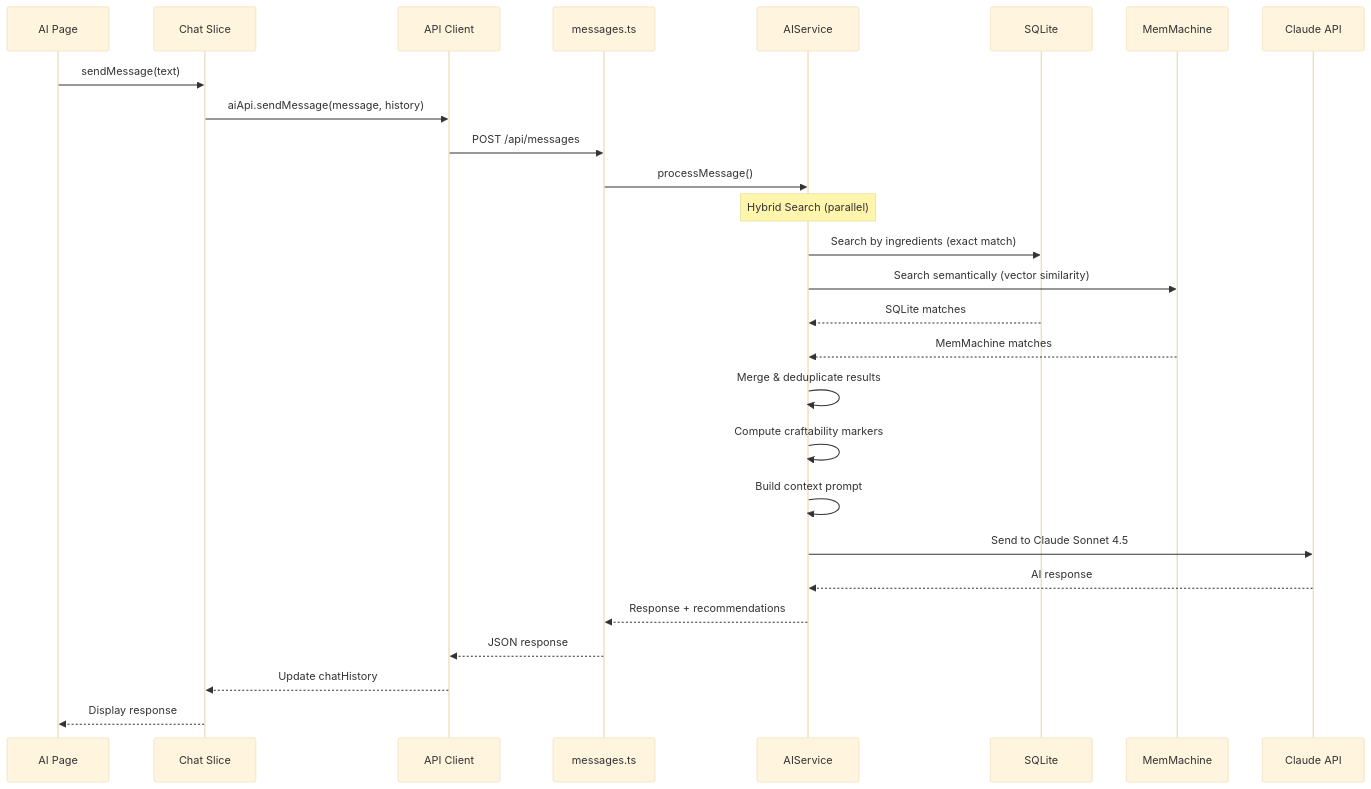
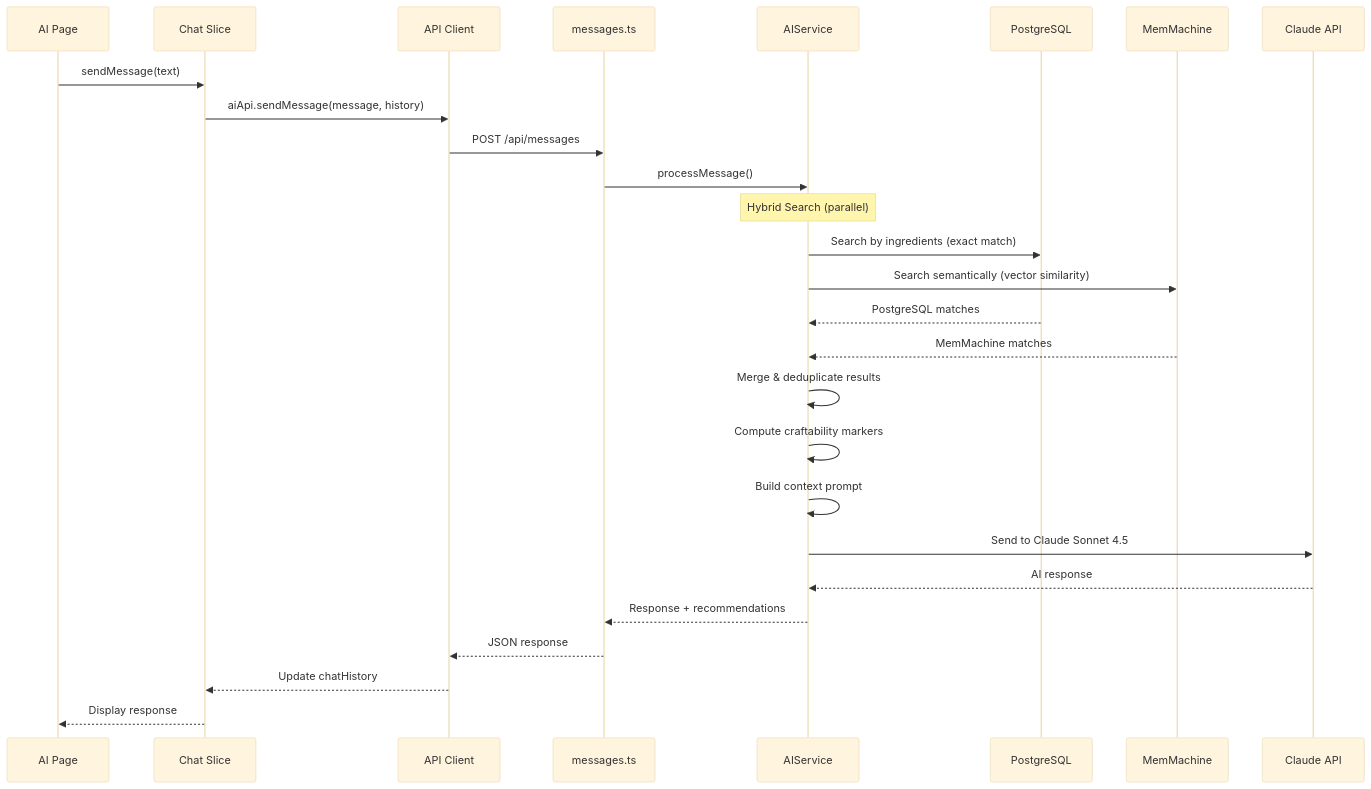
One commit to JLawMcGraw/alchemix changed the tenth of 12 diagrams in Documentation/ARCHITECTURE.md. Above: the diagram before and after it, drawn with Mermaid (base theme). The commit also changed other lines of this file and 48 other files, not shown here.

````diff
--- a/Documentation/ARCHITECTURE.md
+++ b/Documentation/ARCHITECTURE.md
@@ -696,33 +700,33 @@
 ```mermaid
 sequenceDiagram
     participant UI as AI Page
     participant Store as Chat Slice
     participant API as API Client
     participant Route as messages.ts
     participant AISvc as AIService
-    participant DB as SQLite
+    participant DB as PostgreSQL
     participant MM as MemMachine
     participant Claude as Claude API
 
     UI->>Store: sendMessage(text)
     Store->>API: aiApi.sendMessage(message, history)
     API->>Route: POST /api/messages
     Route->>AISvc: processMessage()
 
     Note over AISvc: Hybrid Search (parallel)
     AISvc->>DB: Search by ingredients (exact match)
     AISvc->>MM: Search semantically (vector similarity)
-    DB-->>AISvc: SQLite matches
+    DB-->>AISvc: PostgreSQL matches
     MM-->>AISvc: MemMachine matches
 
     AISvc->>AISvc: Merge & deduplicate results
     AISvc->>AISvc: Compute craftability markers
     AISvc->>AISvc: Build context prompt
     AISvc->>Claude: Send to Claude Sonnet 4.5
     Claude-->>AISvc: AI response
 
     AISvc-->>Route: Response + recommendations
     Route-->>API: JSON response
     API-->>Store: Update chatHistory
     Store-->>UI: Display response
 ```
````
